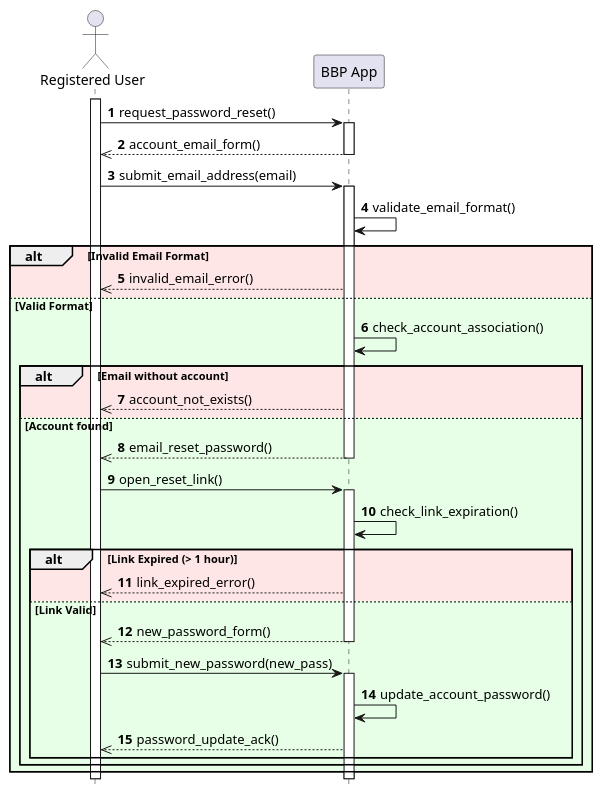
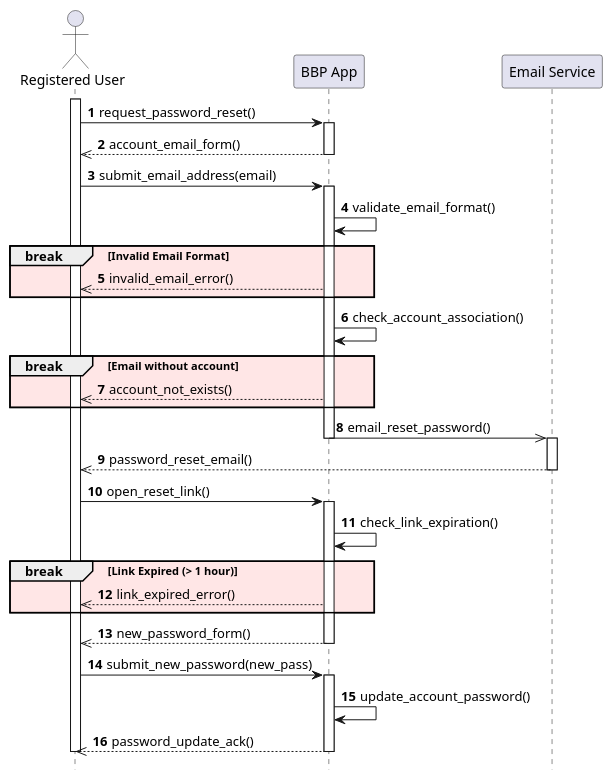
One commit to Guflie/PoliMi-SWE2-RDD-project changed the diagram in diagrams/RASD/sequence diagram/UC4_sequence_diagram.puml. Above: the diagram before and after it, drawn with PlantUML. The commit also changed 19 other files, not shown here.

```diff
--- a/diagrams/RASD/sequence diagram/UC4_sequence_diagram.puml
+++ b/diagrams/RASD/sequence diagram/UC4_sequence_diagram.puml
@@ -1,54 +1,54 @@
 @startuml uc4_sequence_diagram
 hide footbox
 
 actor "Registered User" as User
 participant "BBP App" as App
+participant "Email Service" as em
 
 autonumber
 
 activate User
 
 User -> App : request_password_reset()
 activate App
 App -->> User : account_email_form()
 deactivate App
 
 User -> App : submit_email_address(email)
 activate App
 App -> App : validate_email_format()
 
-alt #ffe6e6 Invalid Email Format
+break #ffe6e6 Invalid Email Format
     App -->> User : invalid_email_error()
+end
 
-else #e6ffe6 Valid Format
-    App -> App : check_account_association()
+App -> App : check_account_association()
     
-    alt #ffe6e6 Email without account
-        App -->> User : account_not_exists()
-    
-    else #e6ffe6 Account found
-        App -->> User : email_reset_password()
-        deactivate App
-        
-        User -> App : open_reset_link()
-        activate App
-        App -> App : check_link_expiration()
+break #ffe6e6 Email without account
+    App -->> User : account_not_exists()
+end
 
-        alt #ffe6e6 Link Expired (> 1 hour)
-            App -->> User : link_expired_error()
-            
-        else #e6ffe6 Link Valid
-            App -->> User : new_password_form()
-            deactivate App
-            
-            User -> App : submit_new_password(new_pass)
-            activate App
-            App -> App : update_account_password()
-            App -->> User : password_update_ack()
-        end
-    end
-end
+App ->> em : email_reset_password()
+deactivate App
+activate em
+em -->> User : password_reset_email()
+deactivate em
+
+User -> App : open_reset_link()
+activate App
+App -> App : check_link_expiration()
+
+break #ffe6e6 Link Expired (> 1 hour)
+    App -->> User : link_expired_error()
+end    
+App -->> User : new_password_form()
+deactivate App
+
+User -> App : submit_new_password(new_pass)
+activate App
+App -> App : update_account_password()
+App -->> User : password_update_ack()
 
 deactivate App
 deactivate User
 @enduml
```
